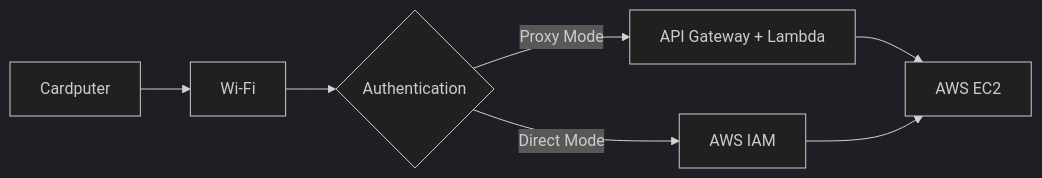
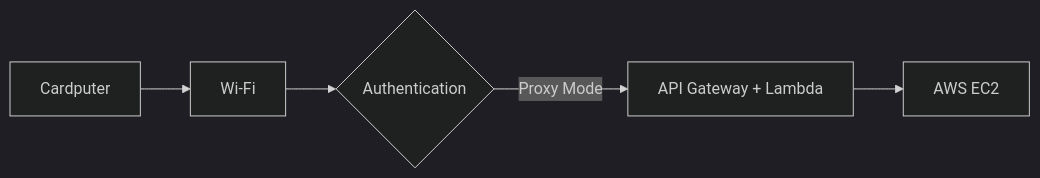
Before and after one commit to ch1n7u/aws-cardputer: the diagram in README.md, drawn with Mermaid (dark theme). The commit also changed other lines of this file, not shown here.

Commit message:
Refine README.md to remove references to Direct AWS IAM integration and clarify backend proxy deployment steps

````diff
--- a/README.md
+++ b/README.md
@@ -10,9 +10,7 @@
 ```mermaid
 flowchart LR
     A[Cardputer] --> B[Wi-Fi]
     B --> C{Authentication}
     C -->|Proxy Mode| D[API Gateway + Lambda]
-    C -->|Direct Mode| E[AWS IAM]
     D --> F[AWS EC2]
-    E --> F
 ```
````
